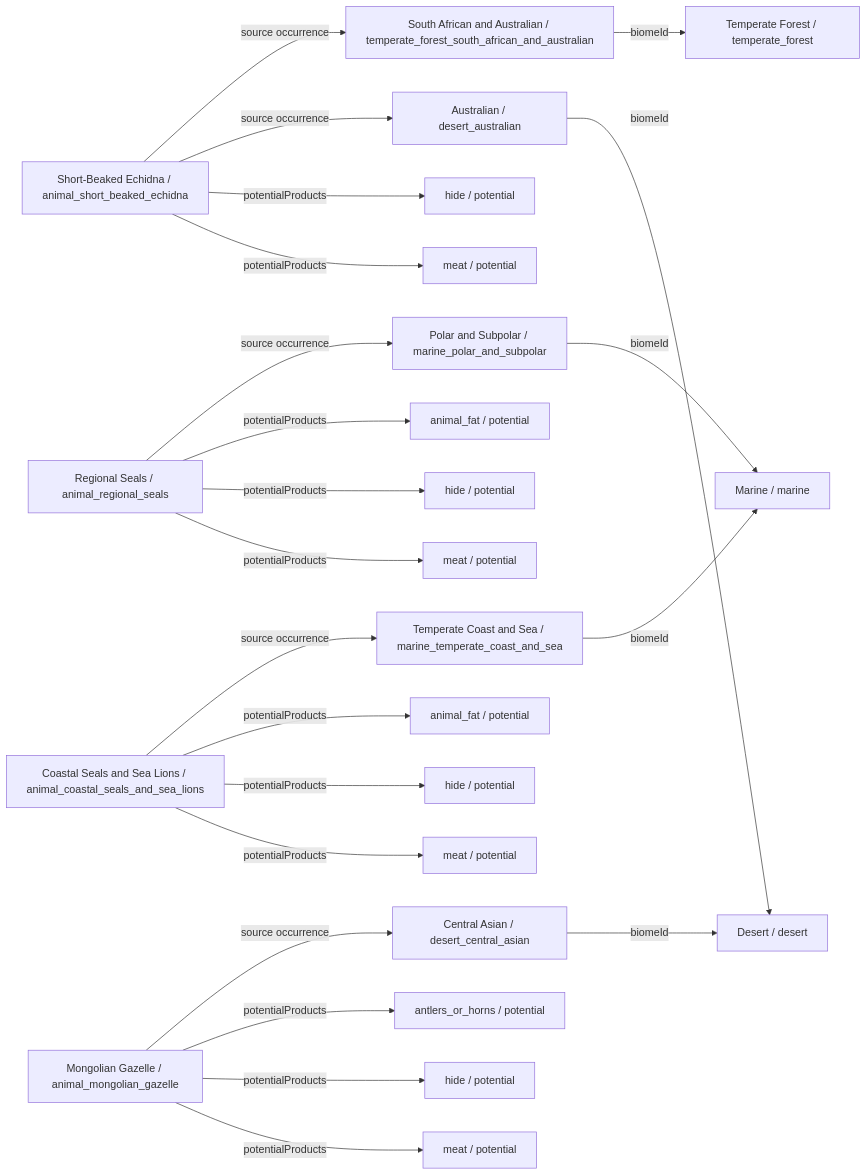
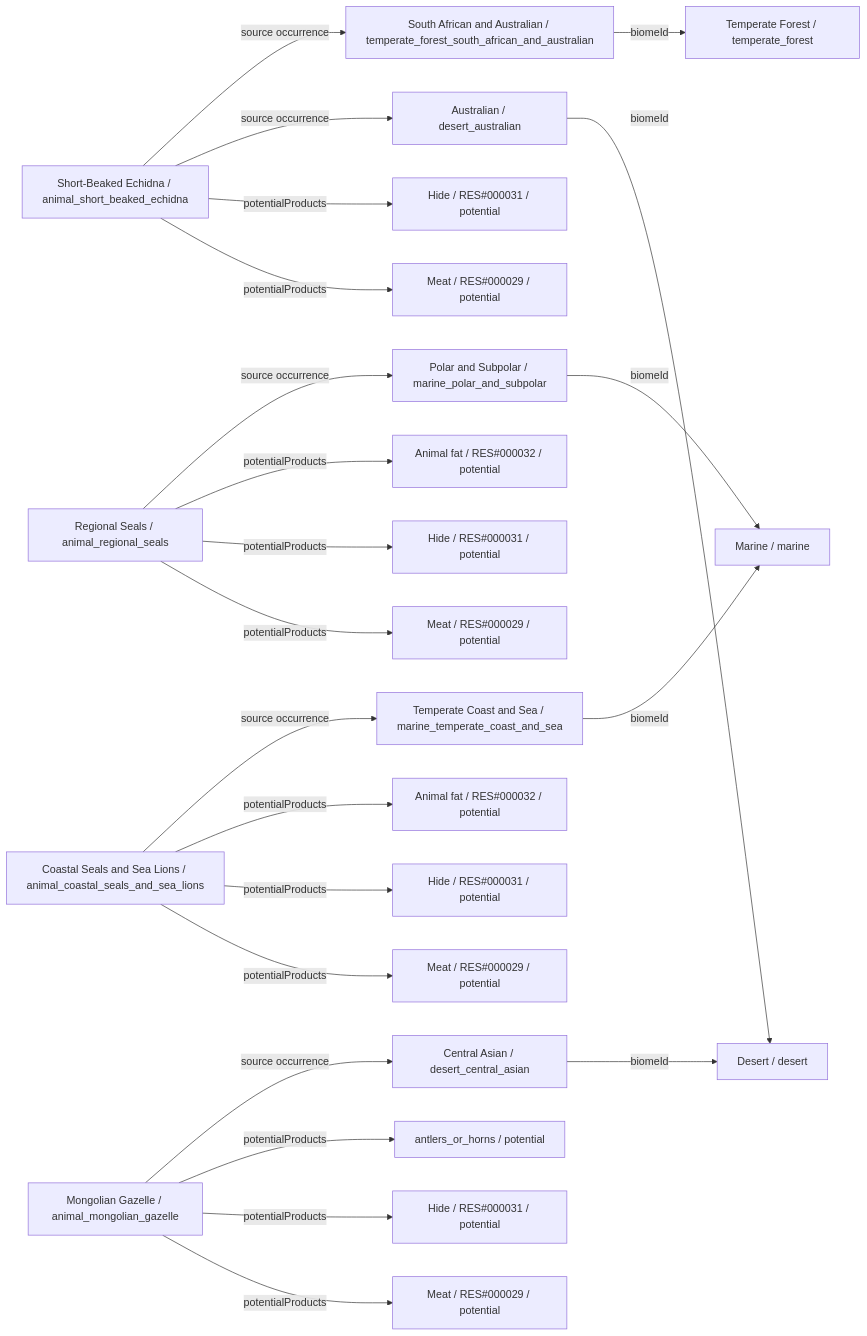
One commit to fgabo404/EvolveDoc changed diagram 13 of 34 in data/animals/DIAGRAMS.md. Above: the diagram before and after it, drawn with Mermaid. The commit also changed other lines of this file and 50 other files, not shown here.

````diff
--- a/data/animals/DIAGRAMS.md
+++ b/data/animals/DIAGRAMS.md
@@ -664,47 +664,47 @@
 ```mermaid
 flowchart LR
     c0["Short-Beaked Echidna / animal_short_beaked_echidna"]
     v6["South African and Australian / temperate_forest_south_african_and_australian"]
     b1["Temperate Forest / temperate_forest"]
     v18["Australian / desert_australian"]
     b4["Desert / desert"]
-    o0_0["meat / potential"]
-    o0_1["hide / potential"]
+    o0_0["Meat / RES#000029 / potential"]
+    o0_1["Hide / RES#000031 / potential"]
     c1["Regional Seals / animal_regional_seals"]
     v21["Polar and Subpolar / marine_polar_and_subpolar"]
     b5["Marine / marine"]
-    o1_0["meat / potential"]
-    o1_1["hide / potential"]
-    o1_2["animal_fat / potential"]
+    o1_0["Meat / RES#000029 / potential"]
+    o1_1["Hide / RES#000031 / potential"]
+    o1_2["Animal fat / RES#000032 / potential"]
     c2["Coastal Seals and Sea Lions / animal_coastal_seals_and_sea_lions"]
     v20["Temperate Coast and Sea / marine_temperate_coast_and_sea"]
-    o2_0["meat / potential"]
-    o2_1["hide / potential"]
-    o2_2["animal_fat / potential"]
+    o2_0["Meat / RES#000029 / potential"]
+    o2_1["Hide / RES#000031 / potential"]
+    o2_2["Animal fat / RES#000032 / potential"]
     c3["Mongolian Gazelle / animal_mongolian_gazelle"]
     v17["Central Asian / desert_central_asian"]
-    o3_0["meat / potential"]
-    o3_1["hide / potential"]
+    o3_0["Meat / RES#000029 / potential"]
+    o3_1["Hide / RES#000031 / potential"]
     o3_2["antlers_or_horns / potential"]
     c0 -->|potentialProducts| o0_0
     c0 -->|potentialProducts| o0_1
     c0 -->|source occurrence| v18
     c0 -->|source occurrence| v6
     c1 -->|potentialProducts| o1_0
     c1 -->|potentialProducts| o1_1
     c1 -->|potentialProducts| o1_2
     c1 -->|source occurrence| v21
     c2 -->|potentialProducts| o2_0
     c2 -->|potentialProducts| o2_1
     c2 -->|potentialProducts| o2_2
     c2 -->|source occurrence| v20
     c3 -->|potentialProducts| o3_0
     c3 -->|potentialProducts| o3_1
     c3 -->|potentialProducts| o3_2
     c3 -->|source occurrence| v17
     v17 -->|biomeId| b4
     v18 -->|biomeId| b4
     v20 -->|biomeId| b5
     v21 -->|biomeId| b5
     v6 -->|biomeId| b1
 ```
````
